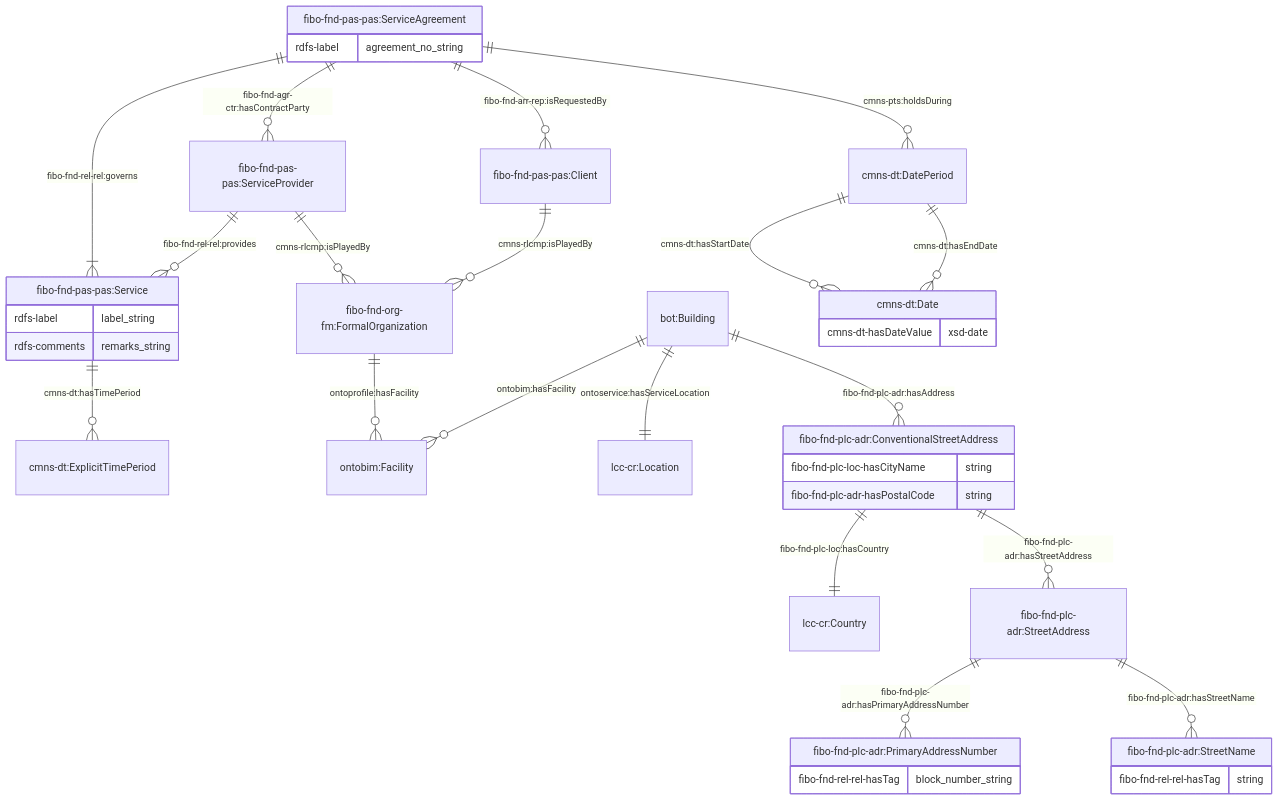
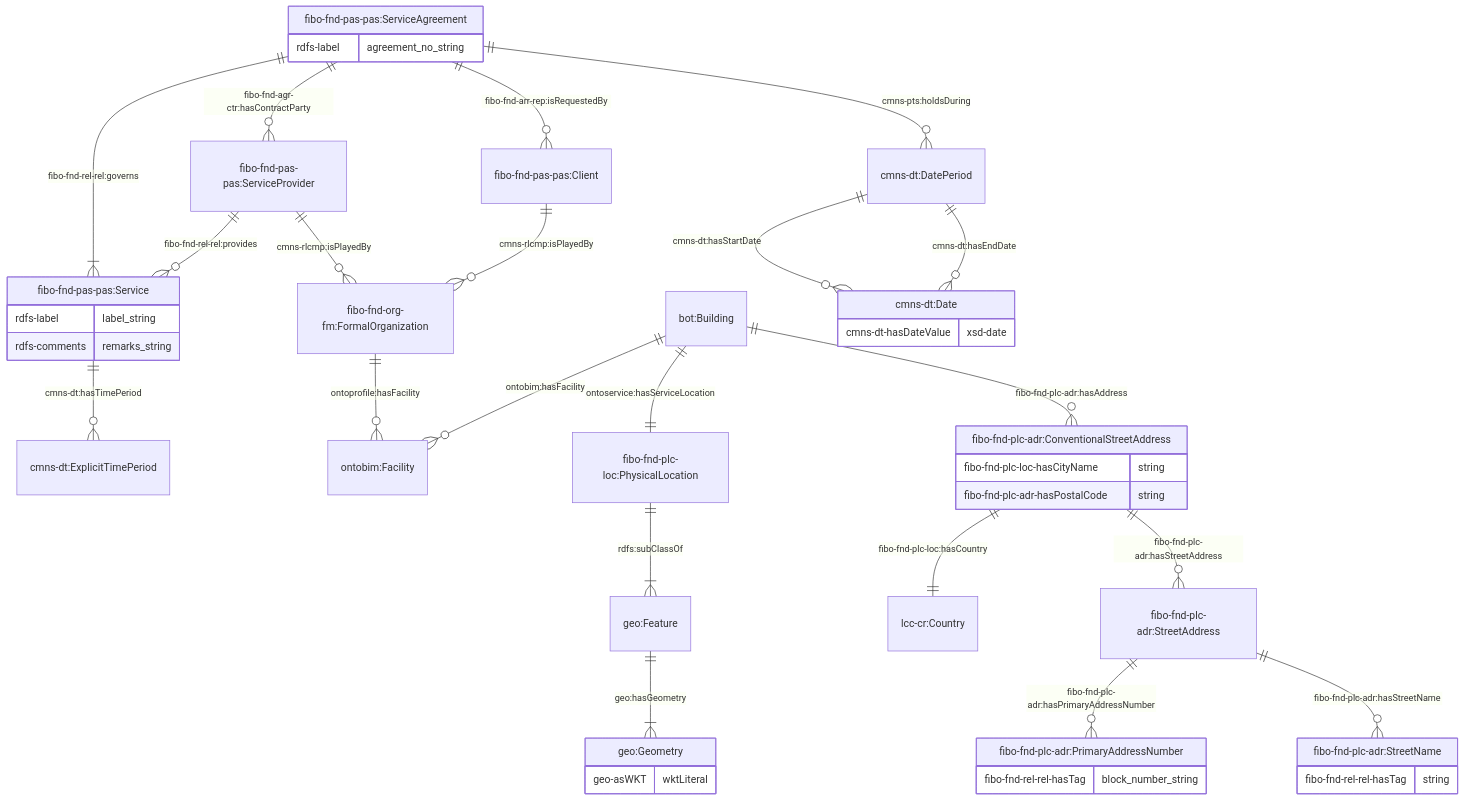
Before and after one commit to cambridge-cares/TheWorldAvatar: the first of 8 diagrams in JPS_Ontology/ontology/ontoservice/README.md, drawn with Mermaid. The commit also changed other lines of this file and 1 other file, not shown here.

Commit message:
dev-ontowastemanagement: Update to use physical location instead of location

````diff
--- a/JPS_Ontology/ontology/ontoservice/README.md
+++ b/JPS_Ontology/ontology/ontoservice/README.md
@@ -62,47 +62,53 @@
 ```mermaid
     erDiagram
     "fibo-fnd-pas-pas:ServiceAgreement" {
         rdfs-label agreement_no_string
     }
     "fibo-fnd-pas-pas:ServiceAgreement" ||--|{ "fibo-fnd-pas-pas:Service" : "fibo-fnd-rel-rel:governs"
     "fibo-fnd-pas-pas:Service" ||--o{ "cmns-dt:ExplicitTimePeriod" : "cmns-dt:hasTimePeriod"
     "fibo-fnd-pas-pas:Service" {
         rdfs-label label_string
         rdfs-comments remarks_string
     }
 
     "fibo-fnd-org-fm:FormalOrganization" ||--o{ "ontobim:Facility" : "ontoprofile:hasFacility "
 
-    "bot:Building" ||--|| "lcc-cr:Location" : "ontoservice:hasServiceLocation"
+    "bot:Building" ||--|| "fibo-fnd-plc-loc:PhysicalLocation" : "ontoservice:hasServiceLocation"
+    "fibo-fnd-plc-loc:PhysicalLocation" ||--|{ "geo:Feature" : "rdfs:subClassOf"
+    "geo:Feature" ||--|{ "geo:Geometry" : "geo:hasGeometry"
+    "geo:Geometry" {
+        geo-asWKT wktLiteral
+    }
+
     "bot:Building" ||--o{ "ontobim:Facility" : "ontobim:hasFacility "
     "bot:Building" ||--o{ "fibo-fnd-plc-adr:ConventionalStreetAddress" : "fibo-fnd-plc-adr:hasAddress"
     "fibo-fnd-plc-adr:ConventionalStreetAddress" ||--|| "lcc-cr:Country" : "fibo-fnd-plc-loc:hasCountry"
     "fibo-fnd-plc-adr:ConventionalStreetAddress" ||--o{ "fibo-fnd-plc-adr:StreetAddress" : "fibo-fnd-plc-adr:hasStreetAddress"
     "fibo-fnd-plc-adr:ConventionalStreetAddress" {
         fibo-fnd-plc-loc-hasCityName string
         fibo-fnd-plc-adr-hasPostalCode string
     }
     "fibo-fnd-plc-adr:StreetAddress" ||--o{ "fibo-fnd-plc-adr:PrimaryAddressNumber" : "fibo-fnd-plc-adr:hasPrimaryAddressNumber"
     "fibo-fnd-plc-adr:StreetAddress" ||--o{ "fibo-fnd-plc-adr:StreetName" : "fibo-fnd-plc-adr:hasStreetName"
 
     "fibo-fnd-plc-adr:PrimaryAddressNumber" {
         fibo-fnd-rel-rel-hasTag block_number_string
     }
     "fibo-fnd-plc-adr:StreetName" {
         fibo-fnd-rel-rel-hasTag string
     }
 
     "fibo-fnd-pas-pas:ServiceAgreement" ||--o{ "cmns-dt:DatePeriod" : "cmns-pts:holdsDuring"
     "cmns-dt:DatePeriod" ||--o{ "cmns-dt:Date" : "cmns-dt:hasStartDate"
     "cmns-dt:DatePeriod" ||--o{ "cmns-dt:Date" : "cmns-dt:hasEndDate"
     "cmns-dt:Date" {
         cmns-dt-hasDateValue xsd-date
     }
 
     "fibo-fnd-pas-pas:ServiceAgreement" ||--o{ "fibo-fnd-pas-pas:Client" : "fibo-fnd-arr-rep:isRequestedBy"
     "fibo-fnd-pas-pas:ServiceAgreement" ||--o{ "fibo-fnd-pas-pas:ServiceProvider" : "fibo-fnd-agr-ctr:hasContractParty"
 
     "fibo-fnd-pas-pas:ServiceProvider" ||--o{ "fibo-fnd-org-fm:FormalOrganization"  : "cmns-rlcmp:isPlayedBy"
     "fibo-fnd-pas-pas:ServiceProvider" ||--o{ "fibo-fnd-pas-pas:Service"  : "fibo-fnd-rel-rel:provides"
     "fibo-fnd-pas-pas:Client" ||--o{ "fibo-fnd-org-fm:FormalOrganization"  : "cmns-rlcmp:isPlayedBy"
 ```
````
